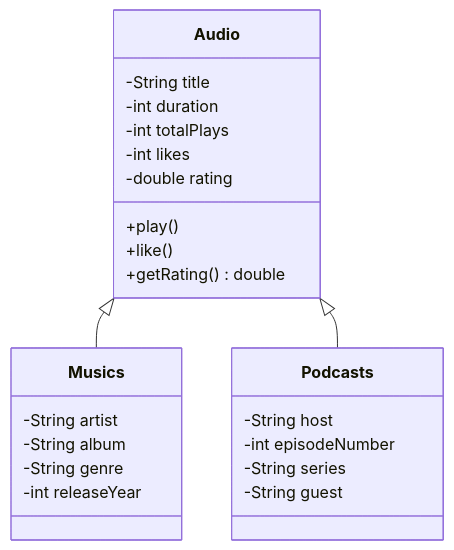
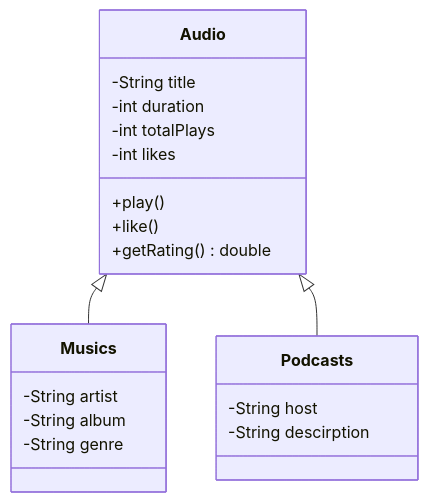
The diagram in MusicApp/README.md (Acheron-o/Projects-Oracle-Next-Education), drawn with Mermaid before and after one commit. The commit also changed 1 other file, not shown here.

Commit message:
Updates on MusicApp

````diff
--- a/MusicApp/README.md
+++ b/MusicApp/README.md
@@ -43,30 +43,26 @@
 ```mermaid
 classDiagram
     class Audio {
         -String title
         -int duration
         -int totalPlays
         -int likes
-        -double rating
         +play()
         +like()
         +getRating() double
     }
 
     class Musics {
         -String artist
         -String album
         -String genre
-        -int releaseYear
     }
 
     class Podcasts {
         -String host
-        -int episodeNumber
-        -String series
-        -String guest
+        -String descirption
     }
 
     Audio <|-- Musics
     Audio <|-- Podcasts
 ```
````
